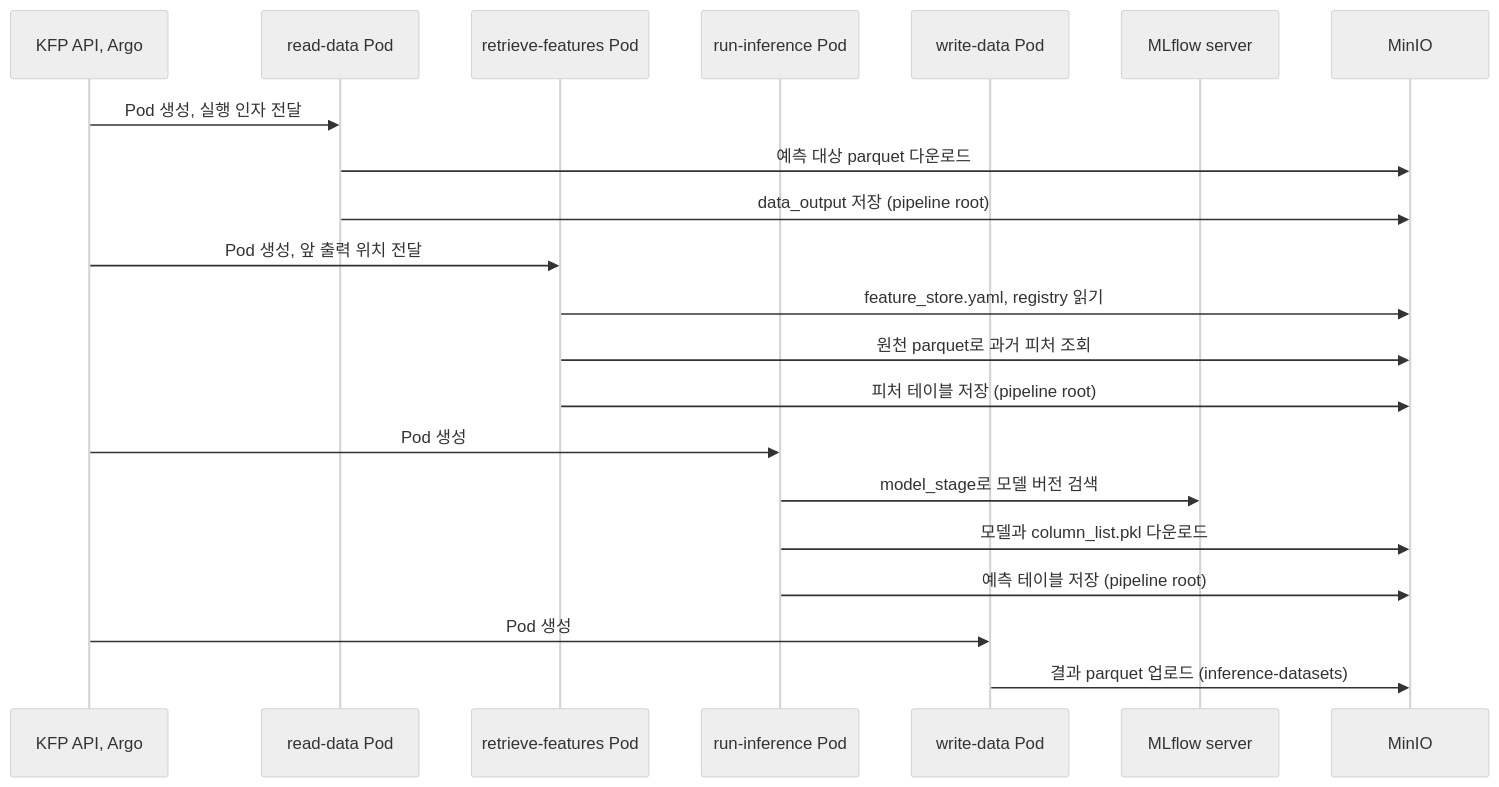
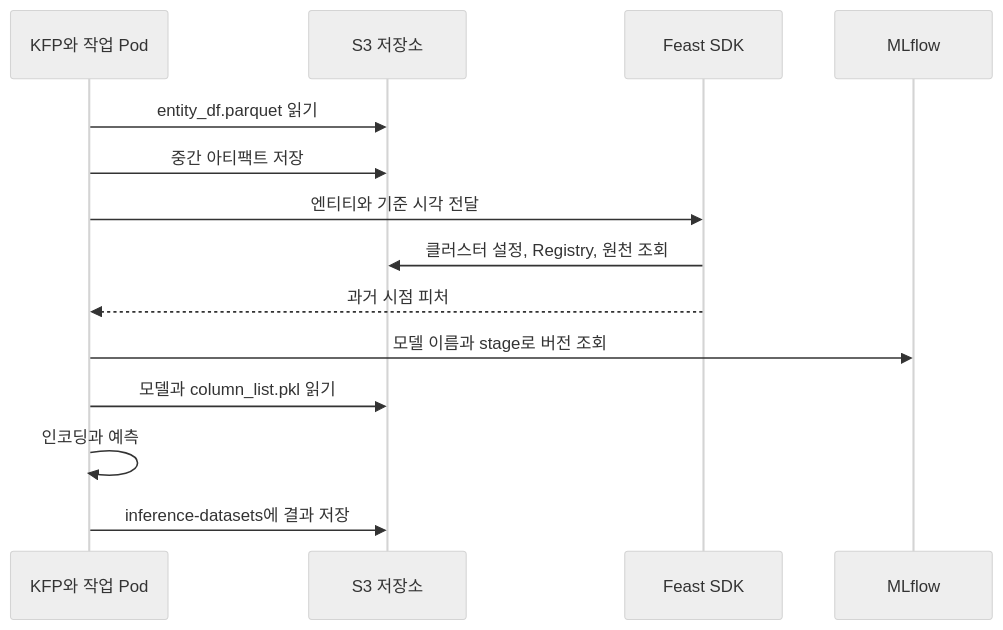
One commit to johklo/johklo.github.io changed the fifth of 5 diagrams in content/docs/tech/machine-learning-platform-engineering/04-experiments-features-pipelines.md. Above: the diagram before and after it, drawn with Mermaid (neutral theme). The commit also changed other lines of this file and 92 other files, not shown here.

````diff
--- a/content/docs/tech/machine-learning-platform-engineering/04-experiments-features-pipelines.md
+++ b/content/docs/tech/machine-learning-platform-engineering/04-experiments-features-pipelines.md
@@ -139,25 +366,18 @@
 ```mermaid
 sequenceDiagram
-    accTitle: 배치 추론 시점의 Pod별 접속
-    accDescr: KFP는 네 Pod에서 MinIO 입력, pipeline root 중간 파일, MLflow 모델 조회를 수행한다. 마지막 Pod는 결과를 업무 버킷에 올린다.
-    participant K as KFP API, Argo
-    participant P1 as read-data Pod
-    participant P2 as retrieve-features Pod
-    participant P3 as run-inference Pod
-    participant P4 as write-data Pod
-    participant M as MLflow server
-    participant S3 as MinIO
-    K->>P1: Pod 생성, 실행 인자 전달
-    P1->>S3: 예측 대상 parquet 다운로드
-    P1->>S3: data_output 저장 (pipeline root)
-    K->>P2: Pod 생성, 앞 출력 위치 전달
-    P2->>S3: feature_store.yaml, registry 읽기
-    P2->>S3: 원천 parquet로 과거 피처 조회
-    P2->>S3: 피처 테이블 저장 (pipeline root)
-    K->>P3: Pod 생성
-    P3->>M: model_stage로 모델 버전 검색
-    P3->>S3: 모델과 column_list.pkl 다운로드
-    P3->>S3: 예측 테이블 저장 (pipeline root)
-    K->>P4: Pod 생성
-    P4->>S3: 결과 parquet 업로드 (inference-datasets)
+    accTitle: KFP 배치 추론의 파일과 서비스 호출
+    accDescr: KFP는 대상 읽기, 피처 조회, 모델 추론, 결과 쓰기를 순서대로 실행한다. 중간 파일은 pipeline root로 전달하고 마지막 결과는 업무용 버킷에 저장한다.
+    participant K as KFP와 작업 Pod
+    participant S as S3 저장소
+    participant F as Feast SDK
+    participant M as MLflow
+    K->>S: entity_df.parquet 읽기
+    K->>S: 중간 아티팩트 저장
+    K->>F: 엔티티와 기준 시각 전달
+    F->>S: 클러스터 설정, Registry, 원천 조회
+    F-->>K: 과거 시점 피처
+    K->>M: 모델 이름과 stage로 버전 조회
+    K->>S: 모델과 column_list.pkl 읽기
+    K->>K: 인코딩과 예측
+    K->>S: inference-datasets에 결과 저장
 ```
````
